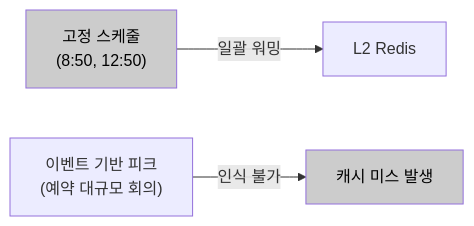
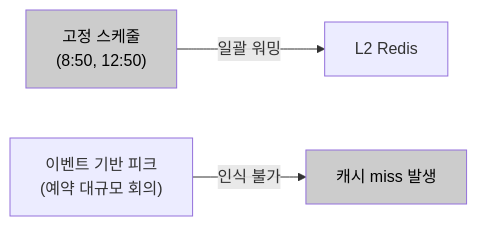
The second of 3 diagrams in docs/04-architecture-analysis/3.2-problem-analysis-and-strategy/AS-06-예약기반피크자원선제초기화.md (sujinnkim/A_Personal), drawn with Mermaid before and after one commit. The commit also changed other lines of this file and 10 other files, not shown here.

````diff
--- a/docs/04-architecture-analysis/3.2-problem-analysis-and-strategy/AS-06-예약기반피크자원선제초기화.md
+++ b/docs/04-architecture-analysis/3.2-problem-analysis-and-strategy/AS-06-예약기반피크자원선제초기화.md
@@ -53,7 +53,7 @@
 ```mermaid
 flowchart LR
     CRON["고정 스케줄\n(8:50, 12:50)"] -->|"일괄 워밍"| L2["L2 Redis"]
-    EVENT["이벤트 기반 피크\n(예약 대규모 회의)"] -->|"인식 불가"| MISS["캐시 미스 발생"]
+    EVENT["이벤트 기반 피크\n(예약 대규모 회의)"] -->|"인식 불가"| MISS["캐시 miss 발생"]
     style CRON fill:#cccccc,color:#000
     style MISS fill:#cccccc,color:#000
 ```
````
